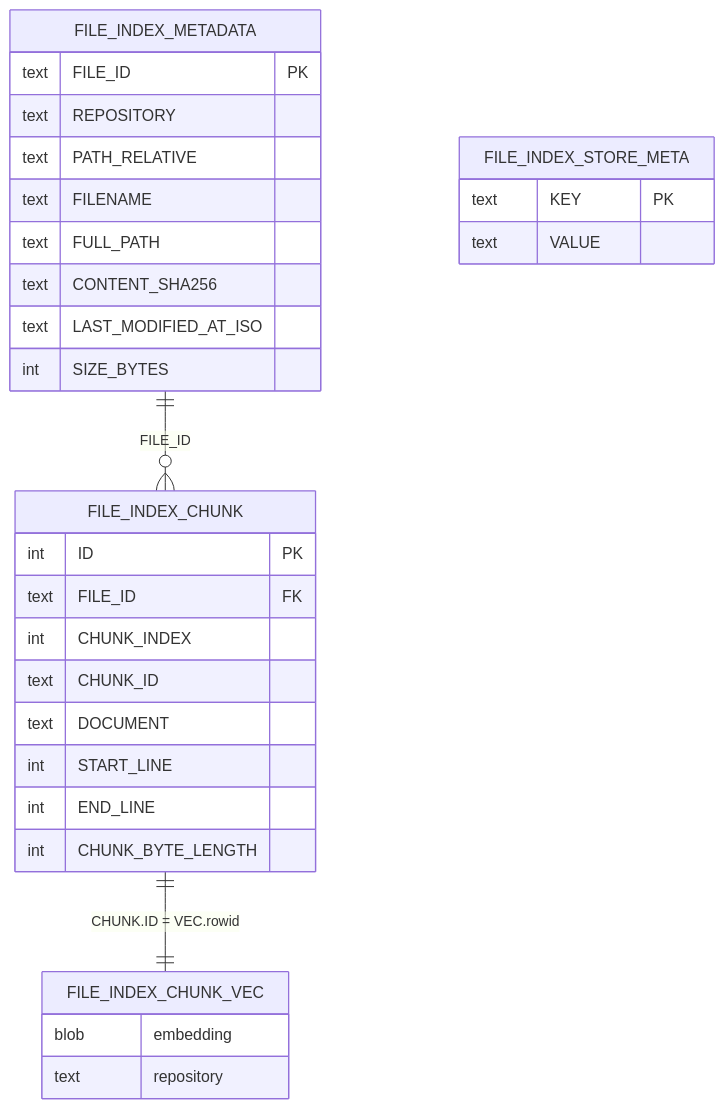
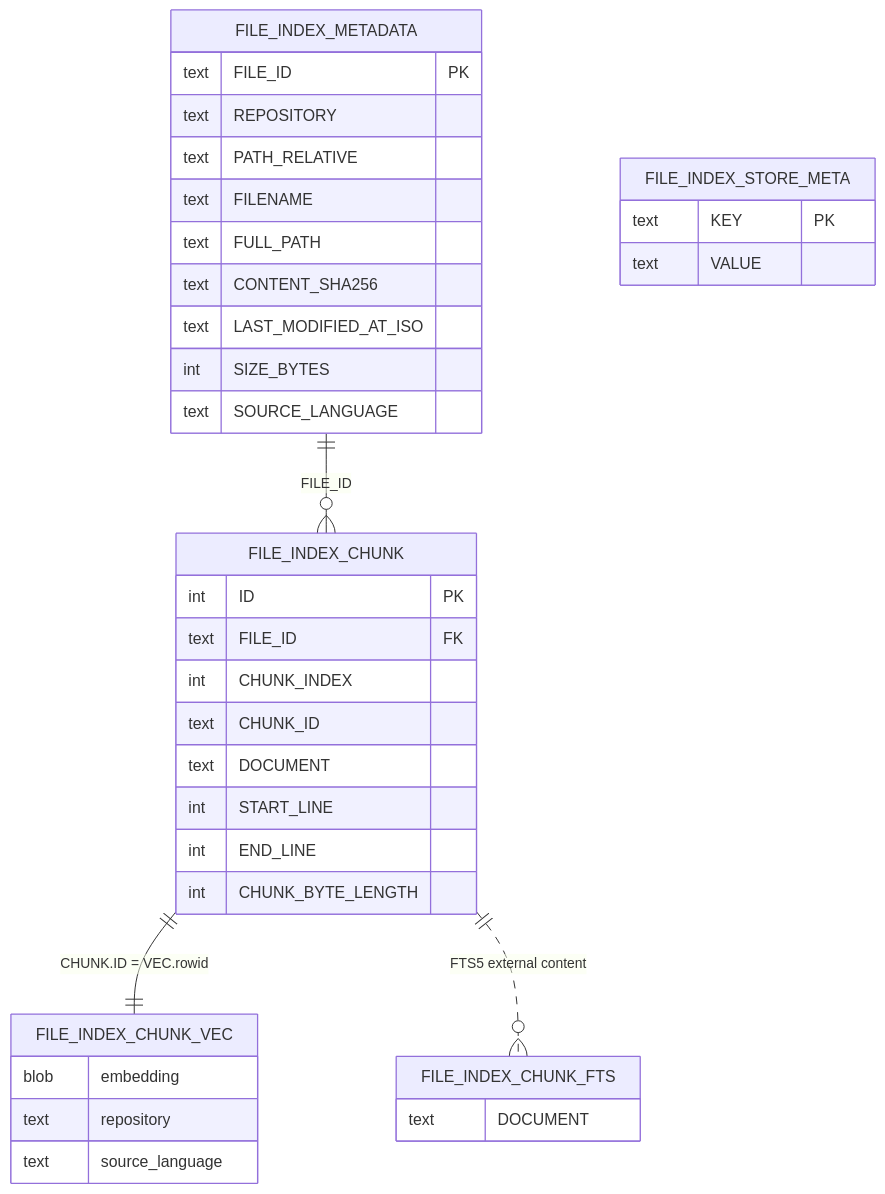
One commit to Lichens-Innovation/ai-dev-tools changed the diagram in incubator/code-crawler/docs/DATABASE.md. Above: the diagram before and after it, drawn with Mermaid. The commit also changed other lines of this file and 69 other files, not shown here.

Commit message:
feat(code-crawler): graph chunking, hybrid search, and semantic indexing (#5)

````diff
--- a/incubator/code-crawler/docs/DATABASE.md
+++ b/incubator/code-crawler/docs/DATABASE.md
@@ -9,37 +9,44 @@
 ```mermaid
 erDiagram
   FILE_INDEX_METADATA ||--o{ FILE_INDEX_CHUNK : "FILE_ID"
   FILE_INDEX_CHUNK ||--|| FILE_INDEX_CHUNK_VEC : "CHUNK.ID = VEC.rowid"
+  FILE_INDEX_CHUNK ||..o{ FILE_INDEX_CHUNK_FTS : "FTS5 external content"
 
   FILE_INDEX_METADATA {
     text FILE_ID PK
     text REPOSITORY
     text PATH_RELATIVE
     text FILENAME
     text FULL_PATH
     text CONTENT_SHA256
     text LAST_MODIFIED_AT_ISO
     int SIZE_BYTES
+    text SOURCE_LANGUAGE
   }
 
   FILE_INDEX_CHUNK {
     int ID PK
     text FILE_ID FK
     int CHUNK_INDEX
     text CHUNK_ID
     text DOCUMENT
     int START_LINE
     int END_LINE
     int CHUNK_BYTE_LENGTH
   }
 
   FILE_INDEX_STORE_META {
     text KEY PK
     text VALUE
   }
 
   FILE_INDEX_CHUNK_VEC {
     blob embedding
     text repository
+    text source_language
+  }
+
+  FILE_INDEX_CHUNK_FTS {
+    text DOCUMENT
   }
 ```
````
